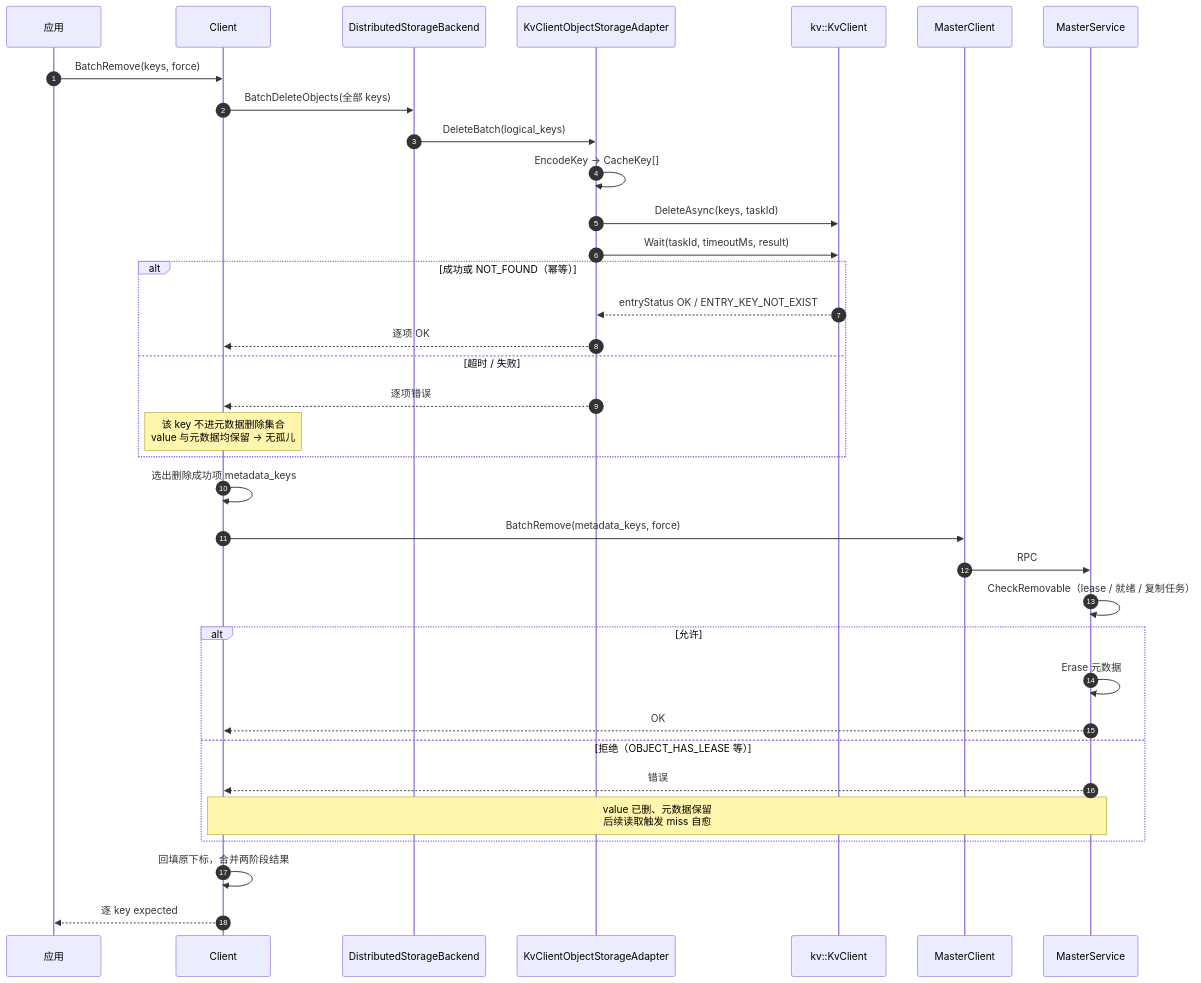
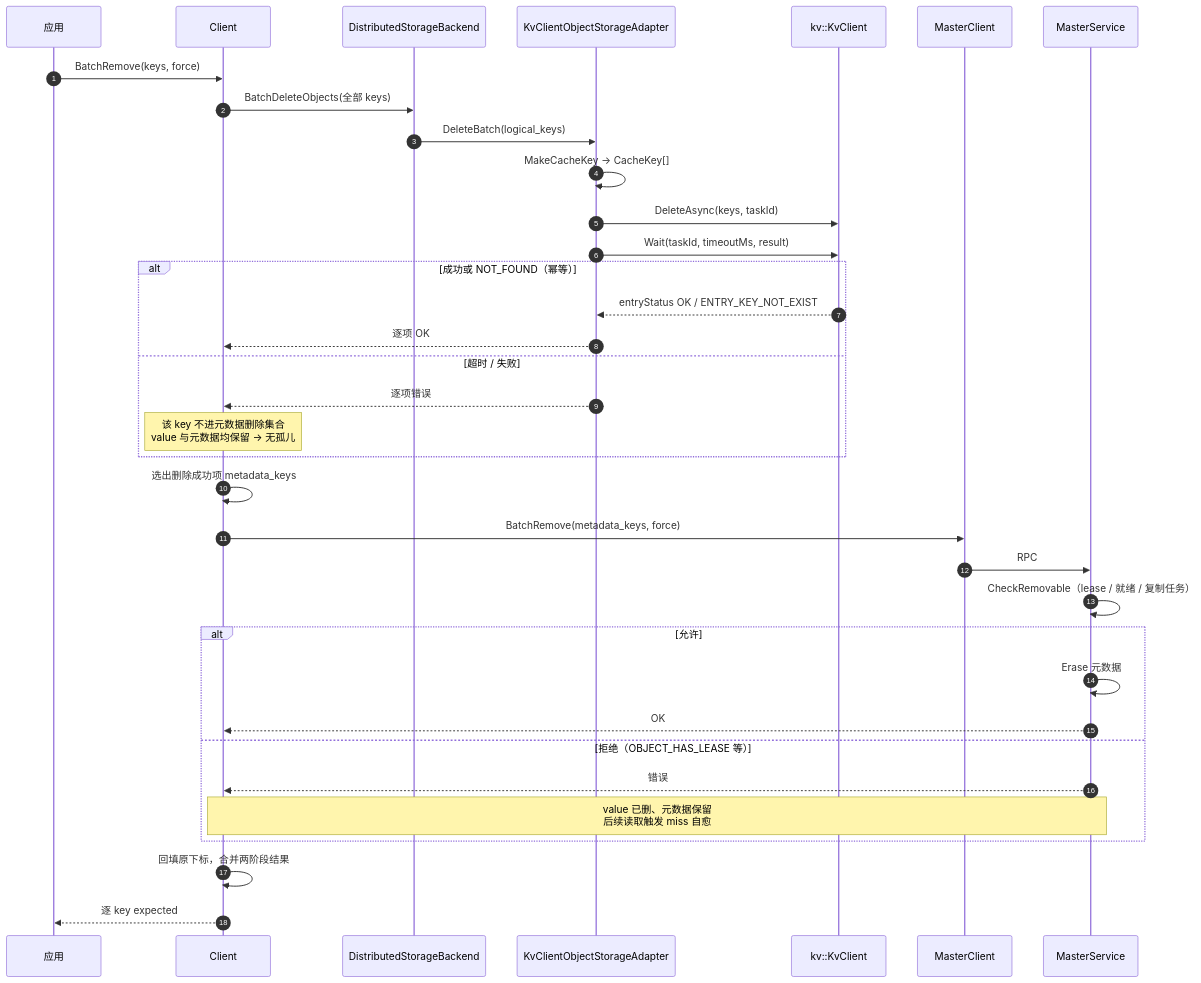
One commit to zwj20000328-dotcom/Mooncake-documents changed diagram 11 of 13 in Mooncake + KVClient L3 接入（Kvcs）- v3.md. Above: the diagram before and after it, drawn with Mermaid. The commit also changed other lines of this file, not shown here.

````diff
--- a/Mooncake + KVClient L3 接入（Kvcs）- v3.md
+++ b/Mooncake + KVClient L3 接入（Kvcs）- v3.md
@@ -690,38 +690,38 @@
 ```mermaid
 sequenceDiagram
     autonumber
     participant APP as 应用
     participant C as Client
     participant BE as DistributedStorageBackend
     participant AD as KvClientObjectStorageAdapter
     participant SDK as kv::KvClient
     participant MC as MasterClient
     participant M as MasterService
 
     APP->>C: BatchRemove(keys, force)
     C->>BE: BatchDeleteObjects(全部 keys)
     BE->>AD: DeleteBatch(logical_keys)
-    AD->>AD: EncodeKey → CacheKey[]
+    AD->>AD: MakeCacheKey → CacheKey[]
     AD->>SDK: DeleteAsync(keys, taskId)
     AD->>SDK: Wait(taskId, timeoutMs, result)
     alt 成功或 NOT_FOUND（幂等）
         SDK-->>AD: entryStatus OK / ENTRY_KEY_NOT_EXIST
         AD-->>C: 逐项 OK
     else 超时 / 失败
         AD-->>C: 逐项错误
         Note over C: 该 key 不进元数据删除集合<br/>value 与元数据均保留 → 无孤儿
     end
     C->>C: 选出删除成功项 metadata_keys
     C->>MC: BatchRemove(metadata_keys, force)
     MC->>M: RPC
     M->>M: CheckRemovable（lease / 就绪 / 复制任务）
     alt 允许
         M->>M: Erase 元数据
         M-->>C: OK
     else 拒绝（OBJECT_HAS_LEASE 等）
         M-->>C: 错误
         Note over C,M:  value 已删、元数据保留<br/>后续读取触发 miss 自愈
     end
     C->>C: 回填原下标，合并两阶段结果
     C-->>APP: 逐 key expected
 ```
````
